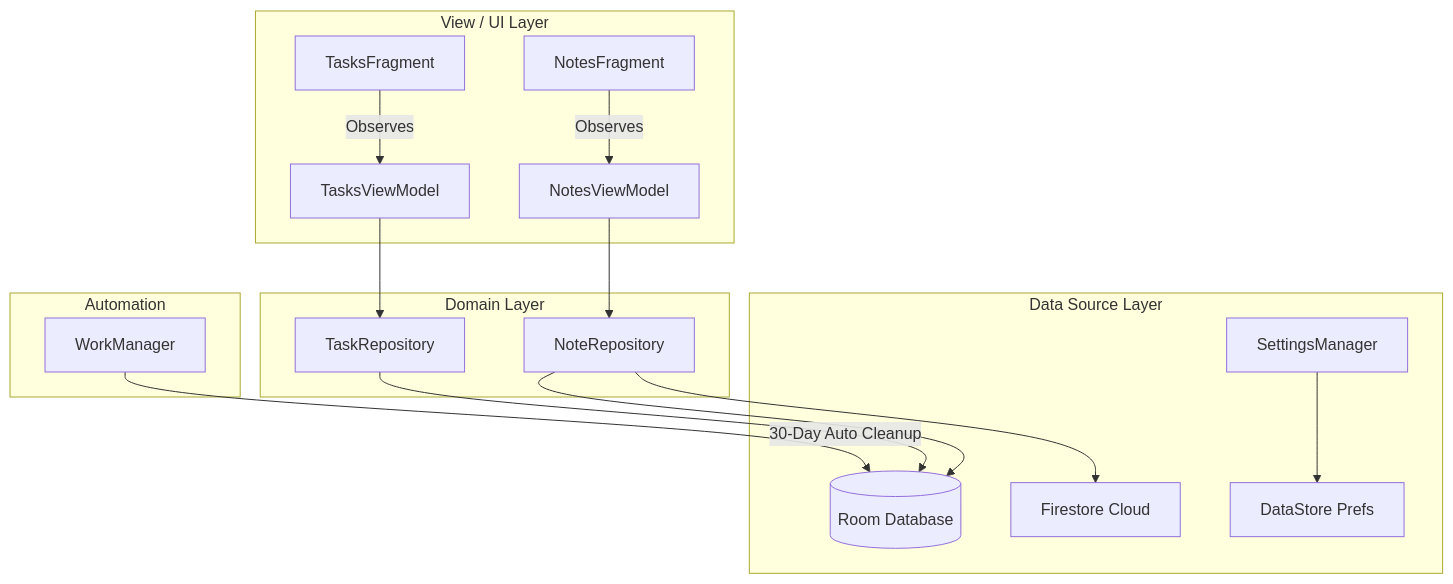
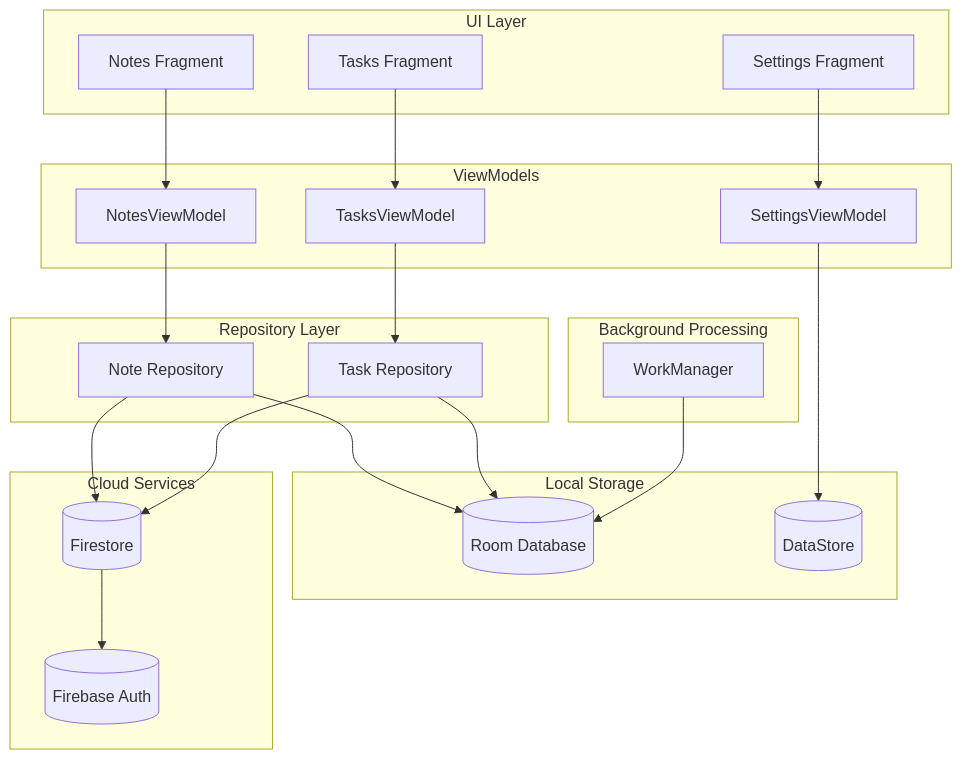
The diagram in README.md (akashray398/KNotes-App), drawn with Mermaid before and after one commit. The commit also changed other lines of this file, not shown here.

````diff
--- a/README.md
+++ b/README.md
@@ -45,23 +146,53 @@
 ```mermaid
 graph TD
-    subgraph UI_Layer [View / UI Layer]
-        A[NotesFragment] -->|Observes| B[NotesViewModel]
-        C[TasksFragment] -->|Observes| D[TasksViewModel]
+
+    subgraph UI Layer
+        A[Notes Fragment]
+        B[Tasks Fragment]
+        C[Settings Fragment]
     end
 
-    subgraph Business_Logic [Domain Layer]
-        B --> E[NoteRepository]
-        D --> F[TaskRepository]
+    subgraph ViewModels
+        D[NotesViewModel]
+        E[TasksViewModel]
+        F[SettingsViewModel]
     end
 
-    subgraph Data_Layer [Data Source Layer]
-        E --> G[(Room Database)]
-        F --> G
-        E --> H[Firestore Cloud]
-        I[SettingsManager] --> J[DataStore Prefs]
+    subgraph Repository Layer
+        G[Note Repository]
+        H[Task Repository]
     end
 
-    subgraph Background_Services [Automation]
-        K[WorkManager] -->|30-Day Auto Cleanup| G
+    subgraph Local Storage
+        I[(Room Database)]
+        J[(DataStore)]
     end
+
+    subgraph Cloud Services
+        K[(Firebase Auth)]
+        L[(Firestore)]
+    end
+
+    subgraph Background Processing
+        M[WorkManager]
+    end
+
+    A --> D
+    B --> E
+    C --> F
+
+    D --> G
+    E --> H
+
+    G --> I
+    H --> I
+
+    F --> J
+
+    G --> L
+    H --> L
+
+    L --> K
+
+    M --> I
 ```
````
